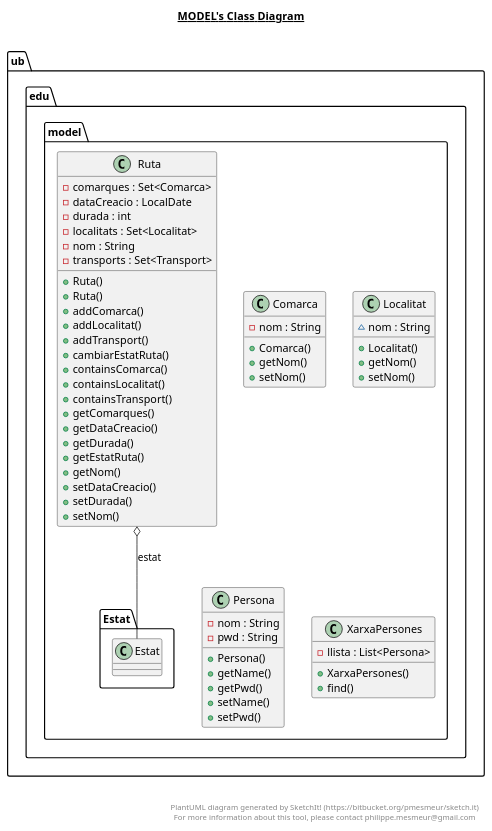
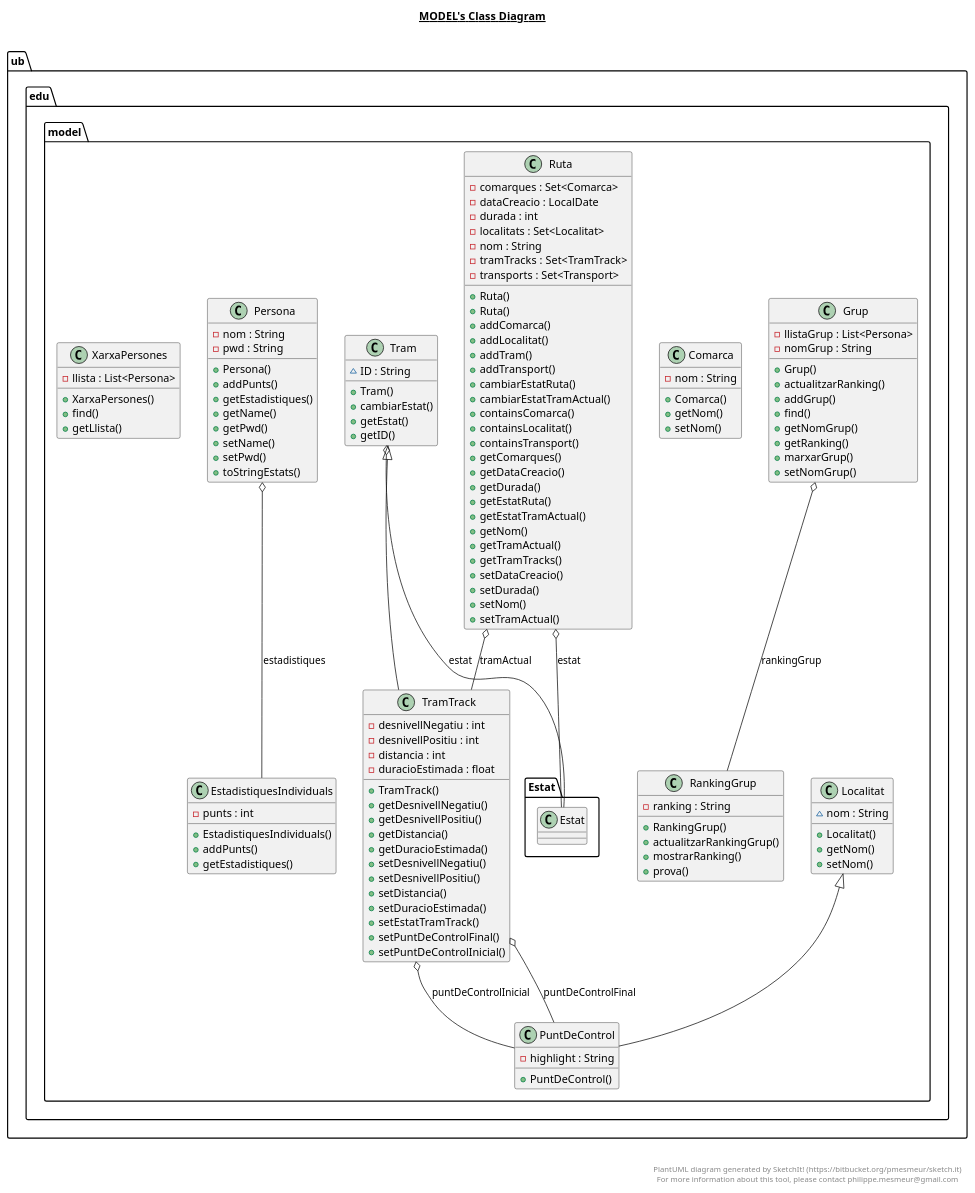
One commit to Samot2003/p3-tripu-dao-a12_reava changed the diagram in src/ub/edu/model/model.plantuml. Above: the diagram before and after it, drawn with PlantUML. The commit also changed 38 other files, not shown here.

Commit message:
He implementat i testejat el test del cas d'us 14: Calcular Ranking Grup

```diff
--- a/src/ub/edu/model/model.plantuml
+++ b/src/ub/edu/model/model.plantuml
@@ -1,86 +1,183 @@
 @startuml
 
 title __MODEL's Class Diagram__\n
 
   namespace ub.edu.model {
     class ub.edu.model.Comarca {
         - nom : String
         + Comarca()
         + getNom()
         + setNom()
+    }
+  }
+  
+
+  namespace ub.edu.model {
+    class ub.edu.model.EstadistiquesIndividuals {
+        - punts : int
+        + EstadistiquesIndividuals()
+        + addPunts()
+        + getEstadistiques()
+    }
+  }
+  
+
+  namespace ub.edu.model {
+    class ub.edu.model.Grup {
+        - llistaGrup : List<Persona>
+        - nomGrup : String
+        + Grup()
+        + actualitzarRanking()
+        + addGrup()
+        + find()
+        + getNomGrup()
+        + getRanking()
+        + marxarGrup()
+        + setNomGrup()
     }
   }
   
 
   namespace ub.edu.model {
     class ub.edu.model.Localitat {
         ~ nom : String
         + Localitat()
         + getNom()
         + setNom()
     }
   }
   
 
   namespace ub.edu.model {
     class ub.edu.model.Persona {
         - nom : String
         - pwd : String
         + Persona()
+        + addPunts()
+        + getEstadistiques()
         + getName()
         + getPwd()
         + setName()
         + setPwd()
+        + toStringEstats()
+    }
+  }
+  
+
+  namespace ub.edu.model {
+    class ub.edu.model.PuntDeControl {
+        - highlight : String
+        + PuntDeControl()
+    }
+  }
+  
+
+  namespace ub.edu.model {
+    class ub.edu.model.RankingGrup {
+        - ranking : String
+        + RankingGrup()
+        + actualitzarRankingGrup()
+        + mostrarRanking()
+        + prova()
     }
   }
   
 
   namespace ub.edu.model {
     class ub.edu.model.Ruta {
         - comarques : Set<Comarca>
         - dataCreacio : LocalDate
         - durada : int
         - localitats : Set<Localitat>
         - nom : String
+        - tramTracks : Set<TramTrack>
         - transports : Set<Transport>
         + Ruta()
         + Ruta()
         + addComarca()
         + addLocalitat()
+        + addTram()
         + addTransport()
         + cambiarEstatRuta()
+        + cambiarEstatTramActual()
         + containsComarca()
         + containsLocalitat()
         + containsTransport()
         + getComarques()
         + getDataCreacio()
         + getDurada()
         + getEstatRuta()
+        + getEstatTramActual()
         + getNom()
+        + getTramActual()
+        + getTramTracks()
         + setDataCreacio()
         + setDurada()
         + setNom()
+        + setTramActual()
+    }
+  }
+  
+
+  namespace ub.edu.model {
+    class ub.edu.model.Tram {
+        ~ ID : String
+        + Tram()
+        + cambiarEstat()
+        + getEstat()
+        + getID()
+    }
+  }
+  
+
+  namespace ub.edu.model {
+    class ub.edu.model.TramTrack {
+        - desnivellNegatiu : int
+        - desnivellPositiu : int
+        - distancia : int
+        - duracioEstimada : float
+        + TramTrack()
+        + getDesnivellNegatiu()
+        + getDesnivellPositiu()
+        + getDistancia()
+        + getDuracioEstimada()
+        + setDesnivellNegatiu()
+        + setDesnivellPositiu()
+        + setDistancia()
+        + setDuracioEstimada()
+        + setEstatTramTrack()
+        + setPuntDeControlFinal()
+        + setPuntDeControlInicial()
     }
   }
   
 
   namespace ub.edu.model {
     class ub.edu.model.XarxaPersones {
         - llista : List<Persona>
         + XarxaPersones()
         + find()
+        + getLlista()
     }
   }
   
 
+  ub.edu.model.Grup o-- ub.edu.model.RankingGrup : rankingGrup
+  ub.edu.model.Persona o-- ub.edu.model.EstadistiquesIndividuals : estadistiques
+  ub.edu.model.PuntDeControl -up-|> ub.edu.model.Localitat
   ub.edu.model.Ruta o-- ub.edu.model.Estat.Estat : estat
+  ub.edu.model.Ruta o-- ub.edu.model.TramTrack : tramActual
+  ub.edu.model.Tram o-- ub.edu.model.Estat.Estat : estat
+  ub.edu.model.TramTrack -up-|> ub.edu.model.Tram
+  ub.edu.model.TramTrack o-- ub.edu.model.PuntDeControl : puntDeControlFinal
+  ub.edu.model.TramTrack o-- ub.edu.model.PuntDeControl : puntDeControlInicial
 
 
 right footer
 
 
 PlantUML diagram generated by SketchIt! (https://bitbucket.org/pmesmeur/sketch.it)
 For more information about this tool, please contact philippe.mesmeur@gmail.com
 endfooter
 
 @enduml
```
